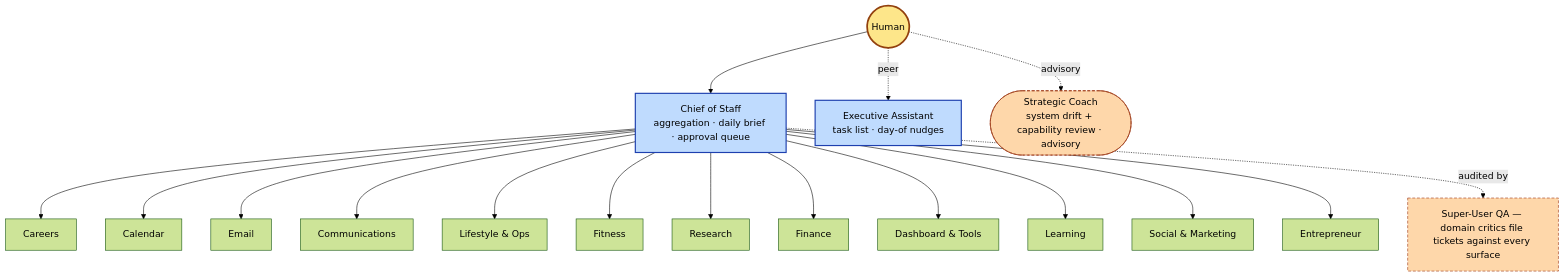
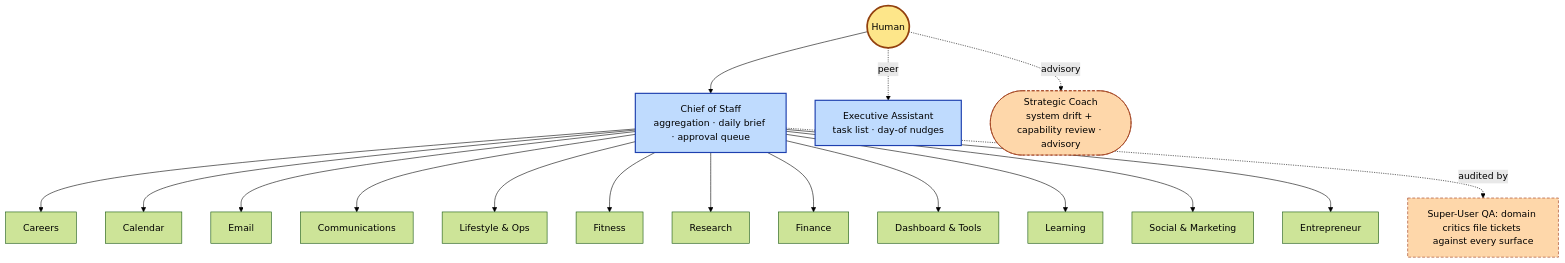
The first of 2 diagrams in README.md (khlittlejohn-hue/executive-office), drawn with Mermaid (forest theme) before and after one commit. The commit also changed other lines of this file and 5 other files, not shown here.

````diff
--- a/README.md
+++ b/README.md
@@ -57,34 +57,34 @@
 ```mermaid
 flowchart TB
     Principal(("Human"))
     COS["Chief of Staff<br/>aggregation · daily brief · approval queue"]
     EA["Executive Assistant<br/>task list · day-of nudges"]
     Coach(["Strategic Coach<br/>system drift + capability review · advisory"])
 
     Principal --> COS
     Principal -.peer.-> EA
     Principal -.advisory.-> Coach
 
     COS --> D1["Careers"]
     COS --> D2["Calendar"]
     COS --> D3["Email"]
     COS --> D4["Communications"]
     COS --> D5["Lifestyle & Ops"]
     COS --> D6["Fitness"]
     COS --> D7["Research"]
     COS --> D8["Finance"]
     COS --> D9["Dashboard & Tools"]
     COS --> D10["Learning"]
     COS --> D11["Social & Marketing"]
     COS --> D12["Entrepreneur"]
 
-    QA["Super-User QA — domain critics file tickets against every surface"]
+    QA["Super-User QA: domain critics file tickets against every surface"]
     COS -.audited by.-> QA
 
     classDef p fill:#fde68a,stroke:#92400e,stroke-width:3px,color:#000
     classDef c fill:#bfdbfe,stroke:#1e40af,stroke-width:2px,color:#000
     classDef a fill:#fed7aa,stroke:#9a3412,stroke-dasharray:5 3,color:#000
     class Principal p
     class COS,EA c
     class Coach,QA a
 ```
````
